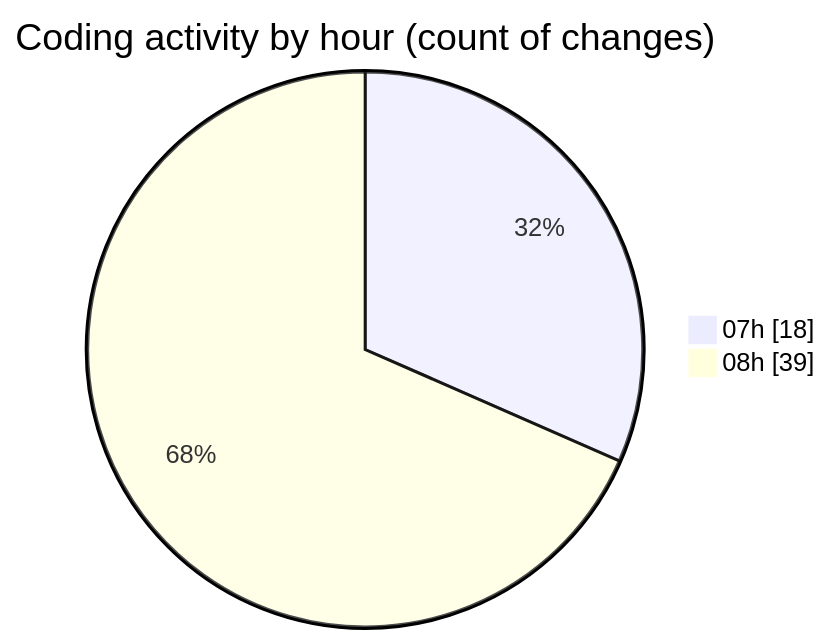
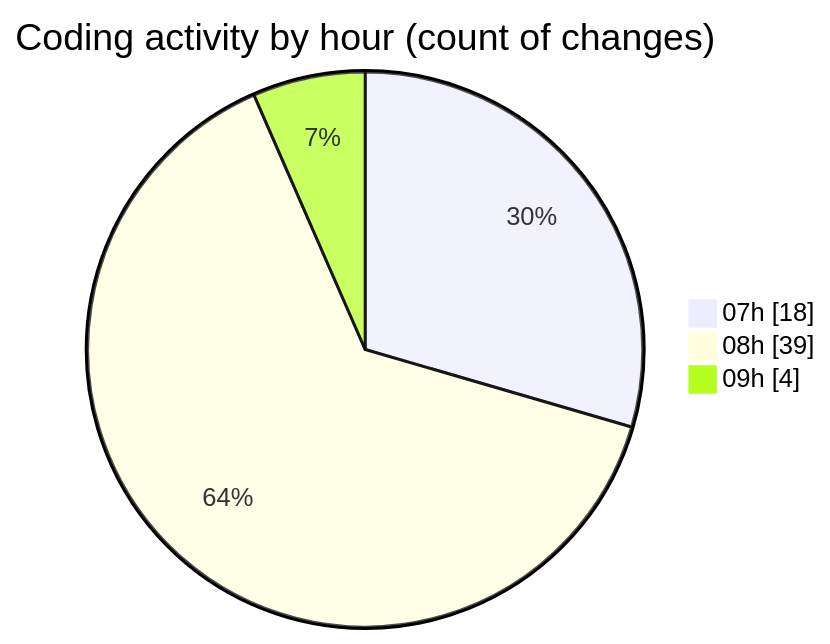
The second of 2 diagrams in 2026-08-21/cda/README.md (momahboobian/code-tracking), drawn with Mermaid before and after one commit. The commit also changed other lines of this file and 1 other file, not shown here.

````diff
--- a/2026-08-21/cda/README.md
+++ b/2026-08-21/cda/README.md
@@ -45,6 +45,7 @@
 ```mermaid
 pie showData
 title Coding activity by hour (count of changes)
 "07h" : 18
 "08h" : 39
+"09h" : 4
 ```
````
